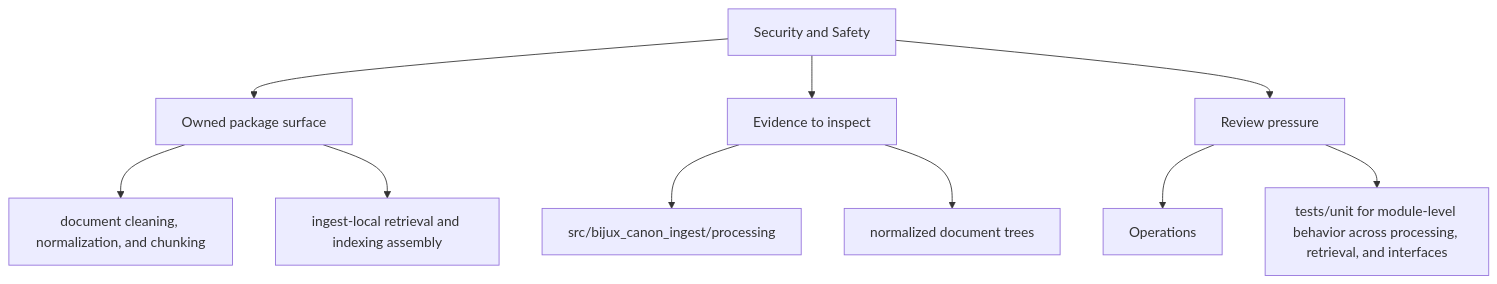
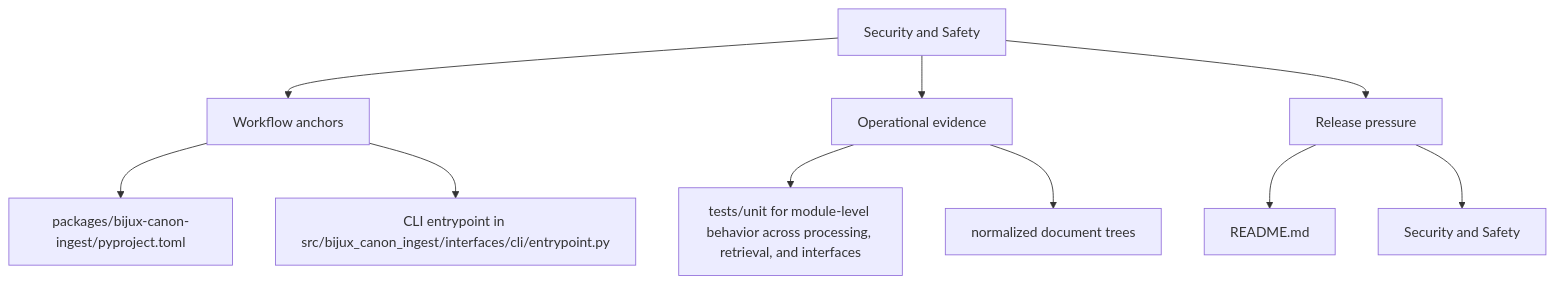
The second of 2 diagrams in docs/bijux-canon-ingest/operations/security-and-safety.md (bijux/bijux-canon), drawn with Mermaid before and after one commit. The commit also changed other lines of this file and 250 other files, not shown here.

Commit message:
docs(diagrams): make product page maps more readable

````diff
--- a/docs/bijux-canon-ingest/operations/security-and-safety.md
+++ b/docs/bijux-canon-ingest/operations/security-and-safety.md
@@ -34,22 +34,22 @@
 ```mermaid
 flowchart TD
     page["Security and Safety"]
-    focus1["Owned package surface"]
+    focus1["Workflow anchors"]
     page --> focus1
-    focus1_1["document cleaning, normalization, and chunking"]
+    focus1_1["packages/bijux-canon-ingest/pyproject.toml"]
     focus1 --> focus1_1
-    focus1_2["ingest-local retrieval and indexing assembly"]
+    focus1_2["CLI entrypoint in src/bijux_canon_ingest/interfaces/cli/entrypoint.py"]
     focus1 --> focus1_2
-    focus2["Evidence to inspect"]
+    focus2["Operational evidence"]
     page --> focus2
-    focus2_1["src/bijux_canon_ingest/processing"]
+    focus2_1["tests/unit for module-level behavior across processing, retrieval, and interfaces"]
     focus2 --> focus2_1
     focus2_2["normalized document trees"]
     focus2 --> focus2_2
-    focus3["Review pressure"]
+    focus3["Release pressure"]
     page --> focus3
-    focus3_1["Operations"]
+    focus3_1["README.md"]
     focus3 --> focus3_1
-    focus3_2["tests/unit for module-level behavior across processing, retrieval, and interfaces"]
+    focus3_2["Security and Safety"]
     focus3 --> focus3_2
 ```
````
